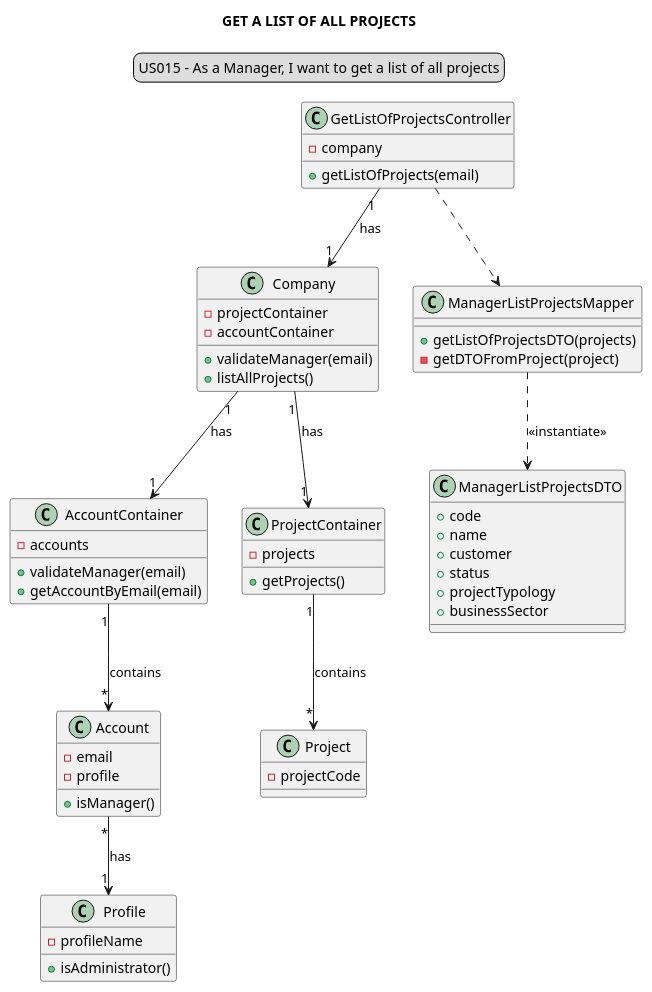
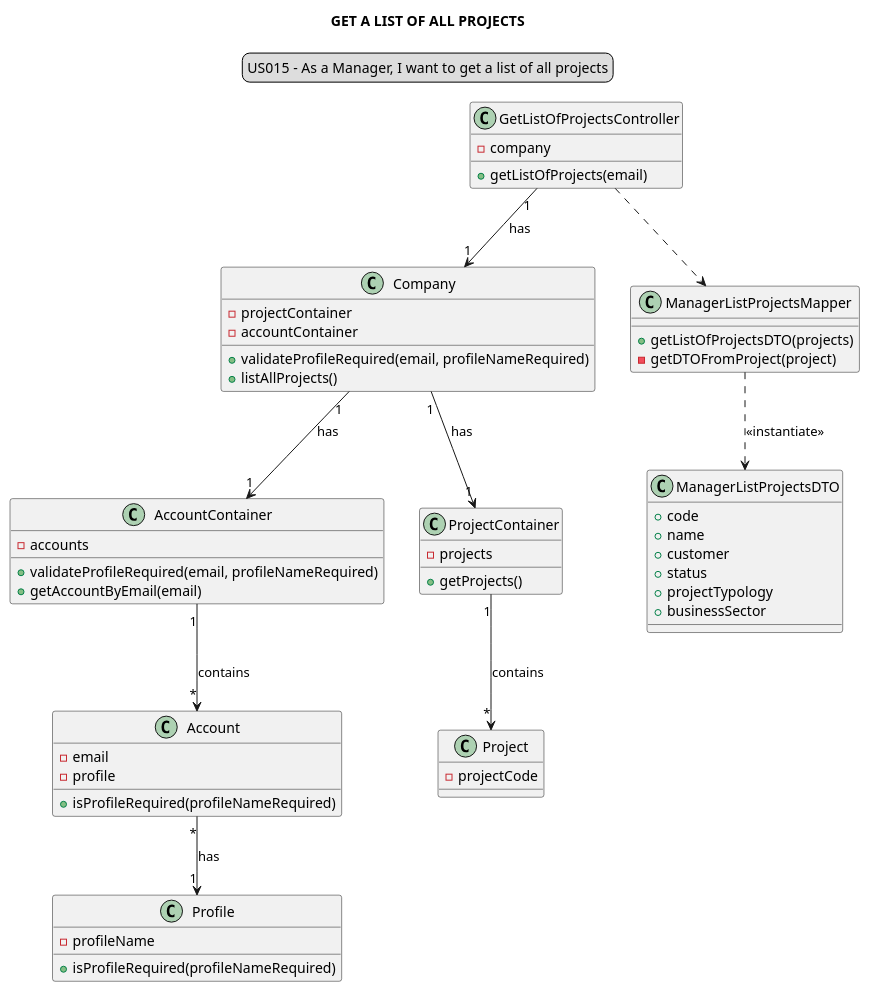
One commit to Loracline/project_switch_22-23 changed the diagram in docs/modelling_design/user_stories/sprint02/us015/US015_classDiagram.puml. Above: the diagram before and after it, drawn with PlantUML. The commit also changed 25 other files, not shown here.

Commit message:
US001,002,003,004,005,006,007,008,009,011_012_013, 014, 015, 016: Design : refinement of class Diagram

```diff
--- a/docs/modelling_design/user_stories/sprint02/us015/US015_classDiagram.puml
+++ b/docs/modelling_design/user_stories/sprint02/us015/US015_classDiagram.puml
@@ -1,76 +1,76 @@
 @startuml
 
 
 title GET A LIST OF ALL PROJECTS
 skinparam sequenceMessageAlign center
 legend top
 US015 - As a Manager, I want to get a list of all projects
 end legend
 
 class "GetListOfProjectsController" {
 -company
 +getListOfProjects(email)
 }
 
 class "Company"{
 -projectContainer
 -accountContainer
-+validateManager(email)
++validateProfileRequired(email, profileNameRequired)
 +listAllProjects()
 }
 
 class "AccountContainer"{
 -accounts
-+validateManager(email)
++validateProfileRequired(email, profileNameRequired)
 +getAccountByEmail(email)
 }
 
 class "Account"{
 -email
 -profile
-+isManager()
++isProfileRequired(profileNameRequired)
 }
 
 class Profile{
 -profileName
-+isAdministrator()
++isProfileRequired(profileNameRequired)
 }
 
 class "ProjectContainer"{
 -projects
 +getProjects()
 }
 
 class "Project"{
 -projectCode
 }
 
 class "ManagerListProjectsMapper"{
 +getListOfProjectsDTO(projects)
 -getDTOFromProject(project)
 }
 
 class "ManagerListProjectsDTO" {
 +code
 +name
 +customer
 +status
 +projectTypology
 +businessSector
 }
 
 "GetListOfProjectsController" "1"-->"1" "Company": has
 "GetListOfProjectsController" ..> "ManagerListProjectsMapper"
 "Company" "1"-->"1" "ProjectContainer": has
 "Company" "1"-->"1" "AccountContainer": has
 "AccountContainer" "1"-->"*" Account: contains
 "ProjectContainer" "1"-->"*" Project: contains
 "Account" "*"-->"1" "Profile" : has
 "ManagerListProjectsMapper" ..> "ManagerListProjectsDTO": <<instantiate>>
 
 /'Usage relationship'/
 /'https://www.ibm.com/docs/en/rational-soft-arch/9.7.0?topic=diagrams-dependency-relationships'/
 
 /'Creation relationship'/
 /'https://www.ibm.com/docs/en/rational-soft-arch/9.7.0?topic=diagrams-instantiation-relationships'/
 @enduml
```
